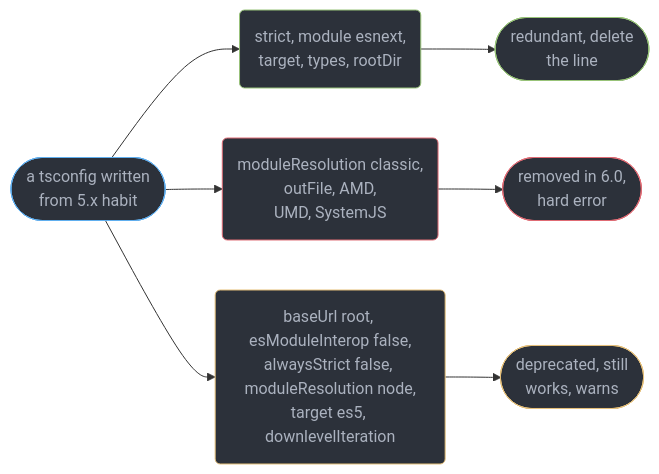
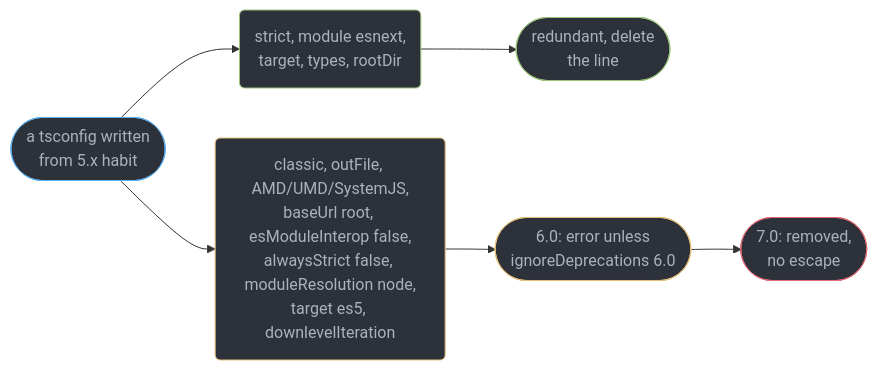
Before and after one commit to rppol/system-design: the sixth of 6 diagrams in src/main/java/com/rutik/systemdesign/typescript/typescript_fundamentals_and_tsconfig/typescript_fundamentals_and_tsconfig.md, drawn with Mermaid. The commit also changed other lines of this file and 655 other files, not shown here.

````diff
--- a/src/main/java/com/rutik/systemdesign/typescript/typescript_fundamentals_and_tsconfig/typescript_fundamentals_and_tsconfig.md
+++ b/src/main/java/com/rutik/systemdesign/typescript/typescript_fundamentals_and_tsconfig/typescript_fundamentals_and_tsconfig.md
@@ -285,21 +285,19 @@
 ```mermaid
 flowchart LR
     classDef src  fill:#2c313a,stroke:#61afef,color:#abb2bf
     classDef ok   fill:#2c313a,stroke:#98c379,color:#abb2bf
     classDef bad  fill:#2c313a,stroke:#e06c75,color:#abb2bf
     classDef note fill:#2c313a,stroke:#e5c07b,color:#abb2bf
     old(["a tsconfig written<br/>from 5.x habit"])
     red("strict, module esnext,<br/>target, types, rootDir")
-    dead("moduleResolution classic,<br/>outFile, AMD,<br/>UMD, SystemJS")
-    soft("baseUrl root, esModuleInterop false,<br/>alwaysStrict false, moduleResolution node,<br/>target es5, downlevelIteration")
+    soft("classic, outFile, AMD/UMD/SystemJS,<br/>baseUrl root, esModuleInterop false,<br/>alwaysStrict false, moduleResolution node,<br/>target es5, downlevelIteration")
     r1(["redundant, delete<br/>the line"])
-    r2(["removed in 6.0,<br/>hard error"])
-    r3(["deprecated, still<br/>works, warns"])
+    r3(["6.0: error unless<br/>ignoreDeprecations 6.0"])
+    r4(["7.0: removed,<br/>no escape"])
     old --> red --> r1
-    old --> dead --> r2
-    old --> soft --> r3
+    old --> soft --> r3 --> r4
     class old src
     class red,r1 ok
-    class dead,r2 bad
     class soft,r3 note
+    class r4 bad
 ```
````
